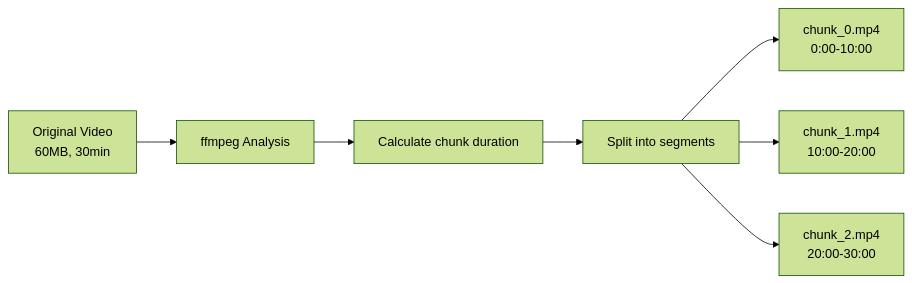
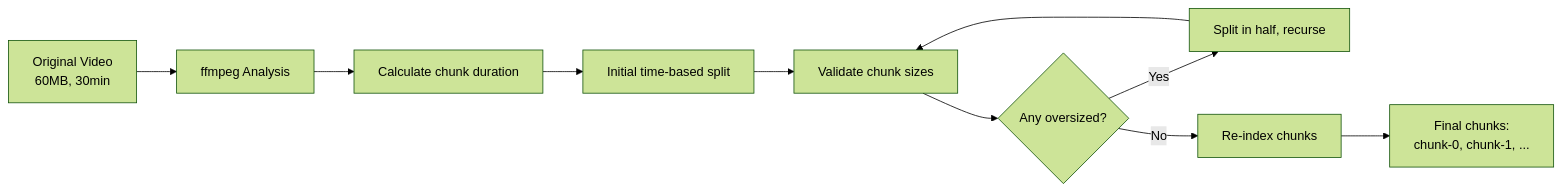
The fifth of 11 diagrams in docs/VIDEO_PROCESSING.md (bianbianzhu/videotonotion), drawn with Mermaid (forest theme) before and after one commit. The commit also changed other lines of this file and 1 other file, not shown here.

First line of the commit message:
✨ feat: add recursive re-split for VBR video chunking

````diff
--- a/docs/VIDEO_PROCESSING.md
+++ b/docs/VIDEO_PROCESSING.md
@@ -149,10 +202,12 @@
 ```mermaid
 flowchart LR
     A[Original Video<br/>60MB, 30min] --> B[ffmpeg Analysis]
     B --> C[Calculate chunk duration]
-    C --> D[Split into segments]
-
-    D --> E[chunk_0.mp4<br/>0:00-10:00]
-    D --> F[chunk_1.mp4<br/>10:00-20:00]
-    D --> G[chunk_2.mp4<br/>20:00-30:00]
+    C --> D[Initial time-based split]
+    D --> E[Validate chunk sizes]
+    E --> F{Any oversized?}
+    F -->|Yes| G[Split in half, recurse]
+    G --> E
+    F -->|No| H[Re-index chunks]
+    H --> I[Final chunks:<br/>chunk-0, chunk-1, ...]
 ```
````
